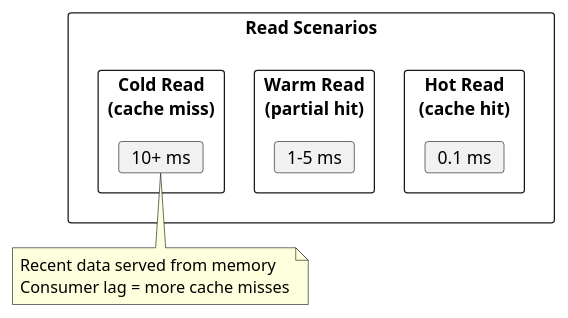
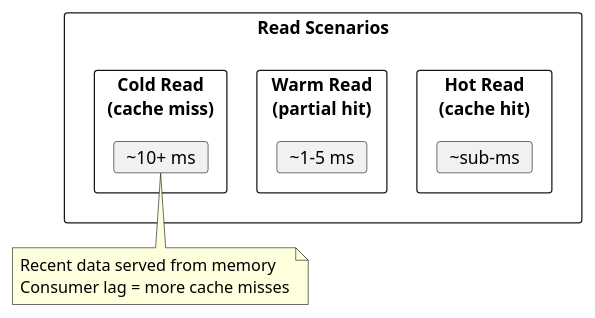
Before and after one commit to axonops/documentation: the ninth of 9 diagrams in docs/data-platforms/kafka/architecture/performance-internals/index.md, drawn with PlantUML. The commit also changed other lines of this file and 34 other files, not shown here.

Commit message:
Updated Kafka architecture documents

````diff
--- a/docs/data-platforms/kafka/architecture/performance-internals/index.md
+++ b/docs/data-platforms/kafka/architecture/performance-internals/index.md
@@ -400,25 +400,25 @@
 ```plantuml
 @startuml
 
 
 rectangle "Read Scenarios" {
   rectangle "Hot Read\n(cache hit)" as hot {
-    card "0.1 ms" as hot_time
+    card "~sub-ms" as hot_time
   }
 
   rectangle "Warm Read\n(partial hit)" as warm {
-    card "1-5 ms" as warm_time
+    card "~1-5 ms" as warm_time
   }
 
   rectangle "Cold Read\n(cache miss)" as cold {
-    card "10+ ms" as cold_time
+    card "~10+ ms" as cold_time
   }
 }
 
 note bottom
   Recent data served from memory
   Consumer lag = more cache misses
 end note
 
 @enduml
 ```
````
